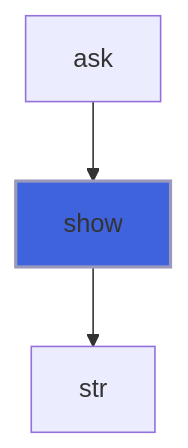
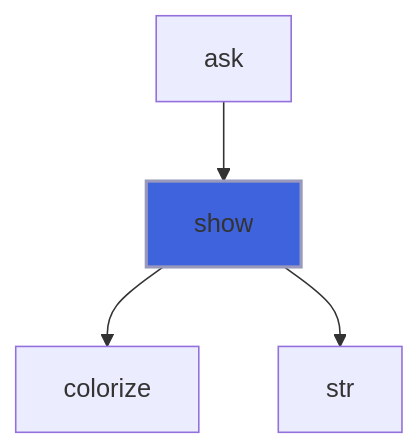
One commit to szaghi/FLAP changed the seventh of 14 diagrams in docs/api/src/lib/flap_menu_t.md. Above: the diagram before and after it, drawn with Mermaid. The commit also changed other lines of this file and 6 other files, not shown here.

````diff
--- a/docs/api/src/lib/flap_menu_t.md
+++ b/docs/api/src/lib/flap_menu_t.md
@@ -289,6 +303,7 @@
 ```mermaid
 flowchart TD
   ask["ask"] --> show["show"]
+  show["show"] --> colorize["colorize"]
   show["show"] --> str["str"]
   style show fill:#3e63dd,stroke:#99b,stroke-width:2px
 ```
````
